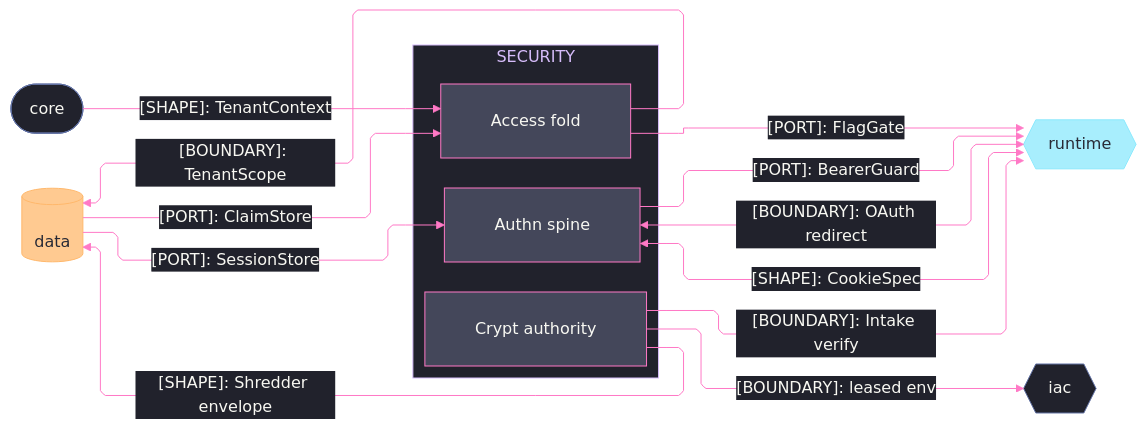
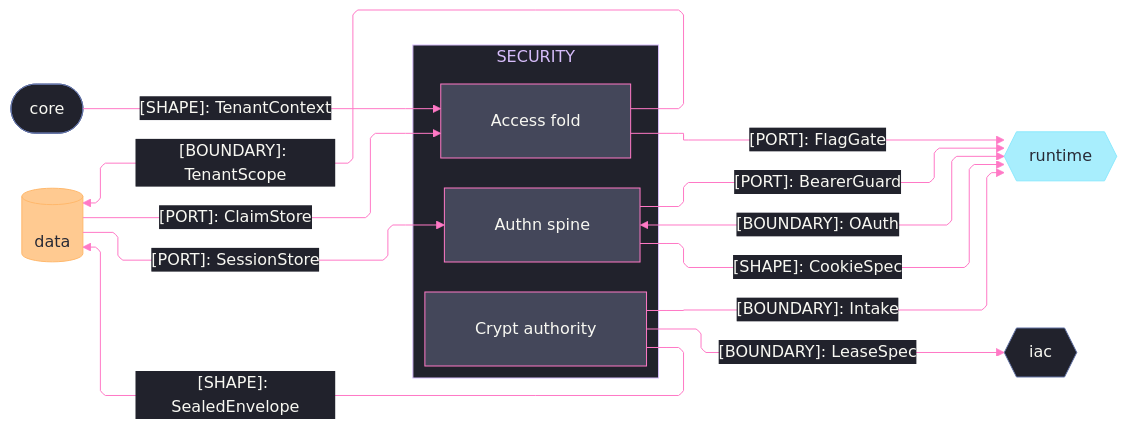
Before and after one commit to bsamiee/Rasm: the second of 2 diagrams in libs/typescript/security/ARCHITECTURE.md, drawn with Mermaid. The commit also changed other lines of this file and 24 other files, not shown here.

Commit message:
architecture: seam registries + codemaps aligned across the estate (worker fabric edges, scene rows, csharp/ts seam mirrors)

````diff
--- a/libs/typescript/security/ARCHITECTURE.md
+++ b/libs/typescript/security/ARCHITECTURE.md
@@ -26,61 +91,61 @@
 ```mermaid
 ---
 config:
   theme: base
   look: classic
   layout: elk
   flowchart:
     curve: linear
     padding: 25
   themeVariables:
     darkMode: true
     fontFamily: "SF Mono, Menlo, Cascadia Mono, Segoe UI Mono, Consolas, monospace"
     useGradient: false
     dropShadow: "none"
     background: "#282A36"
     primaryColor: "#44475A"
     primaryTextColor: "#F8F8F2"
     primaryBorderColor: "#BD93F9"
     lineColor: "#FF79C6"
     textColor: "#F8F8F2"
     clusterBkg: "#21222C"
     clusterBorder: "#D6BCFA"
     edgeLabelBackground: "#21222C"
     labelBackgroundColor: "#21222C"
     titleColor: "#D6BCFA"
   themeCSS: ".nodeLabel{font-size:13px;font-weight:500}.edgeLabel{font-size:12px;font-weight:500}.cluster-label .nodeLabel{font-size:13.5px;font-weight:700;letter-spacing:.08em}.edge-thickness-normal{stroke-width:2px}.edge-thickness-thick{stroke-width:3px}.edge-pattern-dashed,.edge-pattern-dotted{stroke-width:1.5px;stroke-dasharray:4 6}.node rect,.node circle,.node polygon,.node path,.node .outer-path{stroke-width:1.5px;filter:none!important}.cluster rect{stroke-width:1px!important;stroke-dasharray:5 4!important;filter:none!important}.marker path{transform:scale(.8);transform-origin:5px 5px}.marker circle{transform:scale(.48);transform-origin:5px 5px}.edgeLabel rect{transform-box:fill-box;transform-origin:center;transform:scale(1.1,1.2)}"
 ---
 flowchart LR
     accTitle: Security package seam registry
     accDescr: Security sub-domain owners exchanging identity, custody, and tenancy contracts with the core, data, runtime, and IaC packages, edge rails colored by kind and nodes classed by seam direction.
     subgraph security[SECURITY]
         Crypt[Crypt authority]
         Authn[Authn spine]
         Access[Access fold]
     end
     Core([core])
     Data[(data)]
     Runtime{{runtime}}
     Iac{{iac}}
     Core e1@-->|"[SHAPE]: TenantContext"| Access
     Data e2@-->|"[PORT]: ClaimStore"| Access
     Access e3@-->|"[BOUNDARY]: TenantScope"| Data
     Data e4@-->|"[PORT]: SessionStore"| Authn
     Authn e5@-->|"[PORT]: BearerGuard"| Runtime
-    Authn e6@<-->|"[BOUNDARY]: OAuth redirect"| Runtime
-    Authn e7@<-->|"[SHAPE]: CookieSpec"| Runtime
-    Crypt e8@-->|"[SHAPE]: Shredder envelope"| Data
-    Crypt e9@-->|"[BOUNDARY]: Intake verify"| Runtime
-    Crypt e10@-->|"[BOUNDARY]: leased env"| Iac
+    Authn e6@<-->|"[BOUNDARY]: OAuth"| Runtime
+    Authn e7@-->|"[SHAPE]: CookieSpec"| Runtime
+    Crypt e8@-->|"[SHAPE]: SealedEnvelope"| Data
+    Crypt e9@-->|"[BOUNDARY]: Intake"| Runtime
+    Crypt e10@-->|"[BOUNDARY]: LeaseSpec"| Iac
     Access e11@-->|"[PORT]: FlagGate"| Runtime
     classDef primary fill:#44475A,stroke:#FF79C6,color:#F8F8F2
     classDef external fill:#8BE9FDBF,stroke:#8BE9FD,color:#282A36
     classDef data fill:#FFB86CBF,stroke:#FFB86C,color:#282A36
-    classDef annotation fill:#21222C,stroke:#6272A4,color:#F8F8F2
+    classDef recessed fill:#21222C,stroke:#6272A4,color:#F8F8F2
     classDef edgeControl stroke:#FF79C6,color:#F8F8F2
     class Crypt,Authn,Access primary
     class Runtime external
     class Data data
-    class Core,Iac annotation
+    class Core,Iac recessed
     class e1,e2,e3,e4,e5,e6,e7,e8,e9,e10,e11 edgeControl
 ```
````
